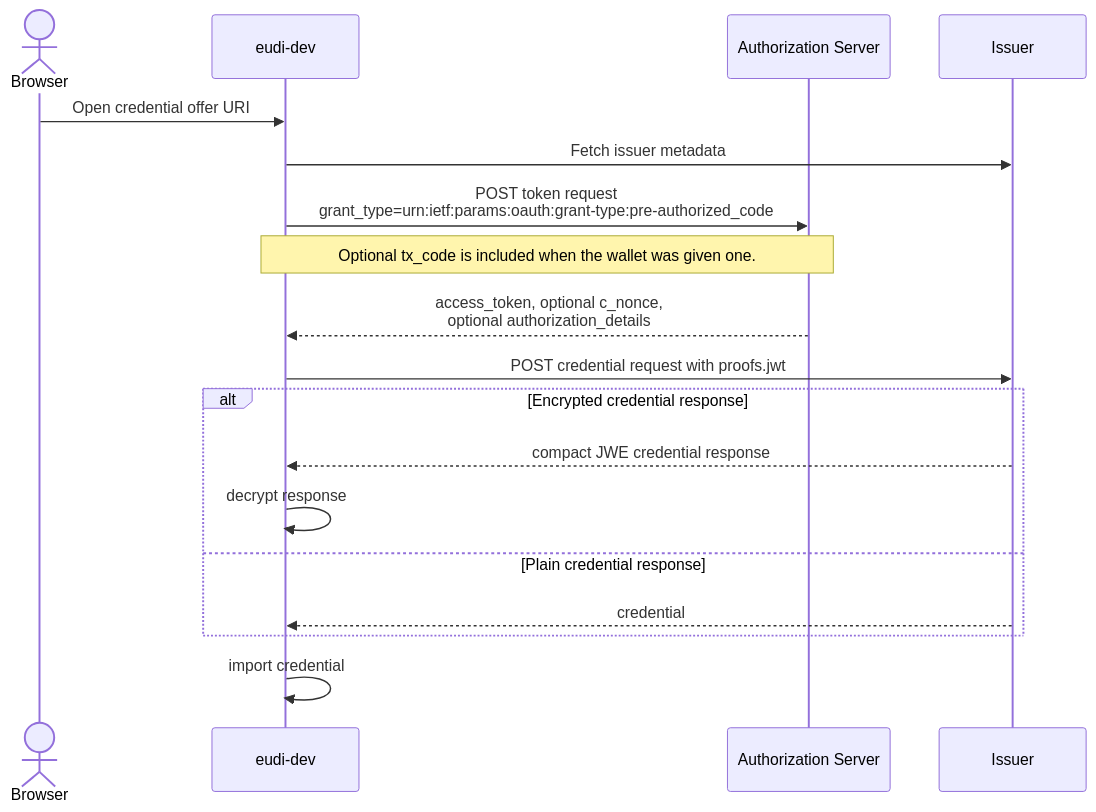
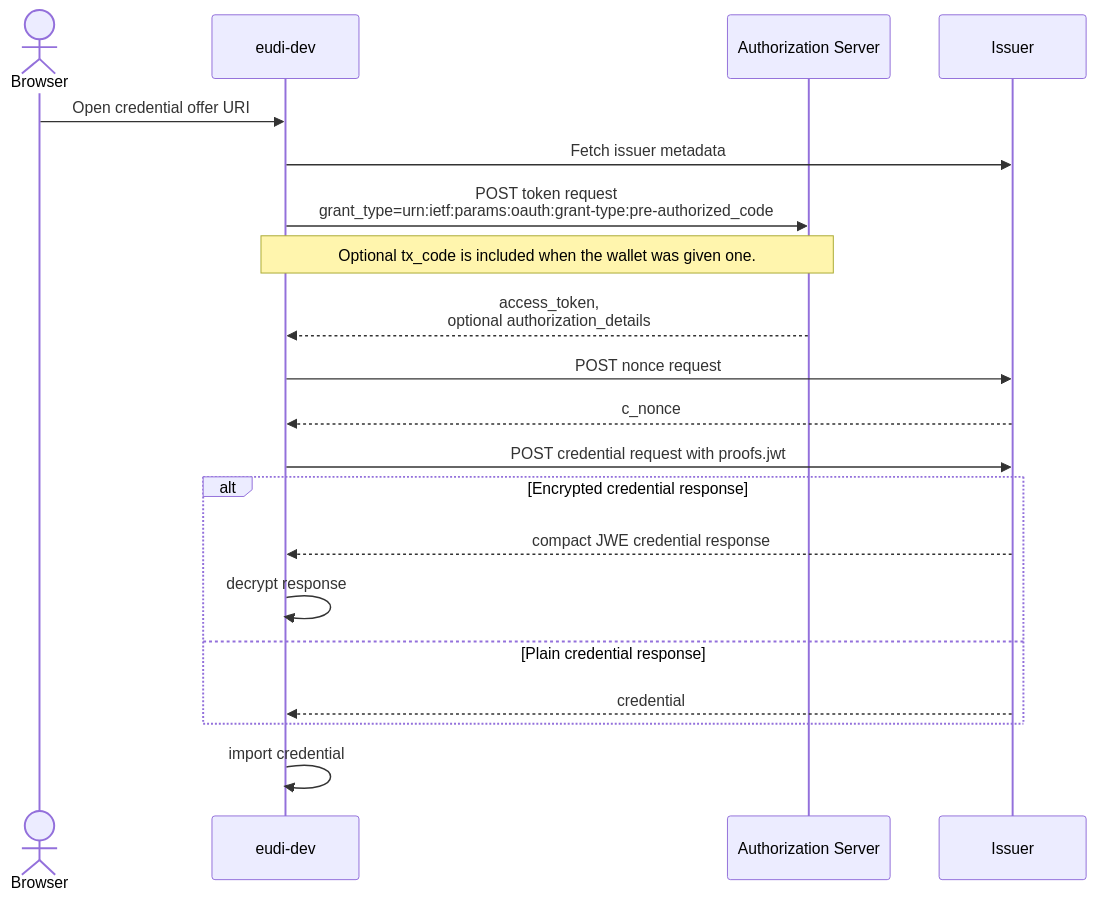
The second of 3 diagrams in docs/diagrams/oid4vci.md (dominikschlosser/eudi-dev), drawn with Mermaid before and after one commit. The commit also changed other lines of this file and 17 other files, not shown here.

````diff
--- a/docs/diagrams/oid4vci.md
+++ b/docs/diagrams/oid4vci.md
@@ -44,21 +44,23 @@
 ```mermaid
 sequenceDiagram
     actor Browser
     participant Wallet as eudi-dev
     participant AS as Authorization Server
     participant Issuer
 
     Browser->>Wallet: Open credential offer URI
     Wallet->>Issuer: Fetch issuer metadata
     Wallet->>AS: POST token request<br/>grant_type=urn:ietf:params:oauth:grant-type:pre-authorized_code
     Note over Wallet,AS: Optional tx_code is included when the wallet was given one.
-    AS-->>Wallet: access_token, optional c_nonce,<br/>optional authorization_details
+    AS-->>Wallet: access_token,<br/>optional authorization_details
+    Wallet->>Issuer: POST nonce request
+    Issuer-->>Wallet: c_nonce
     Wallet->>Issuer: POST credential request with proofs.jwt
     alt Encrypted credential response
         Issuer-->>Wallet: compact JWE credential response
         Wallet->>Wallet: decrypt response
     else Plain credential response
         Issuer-->>Wallet: credential
     end
     Wallet->>Wallet: import credential
 ```
````
